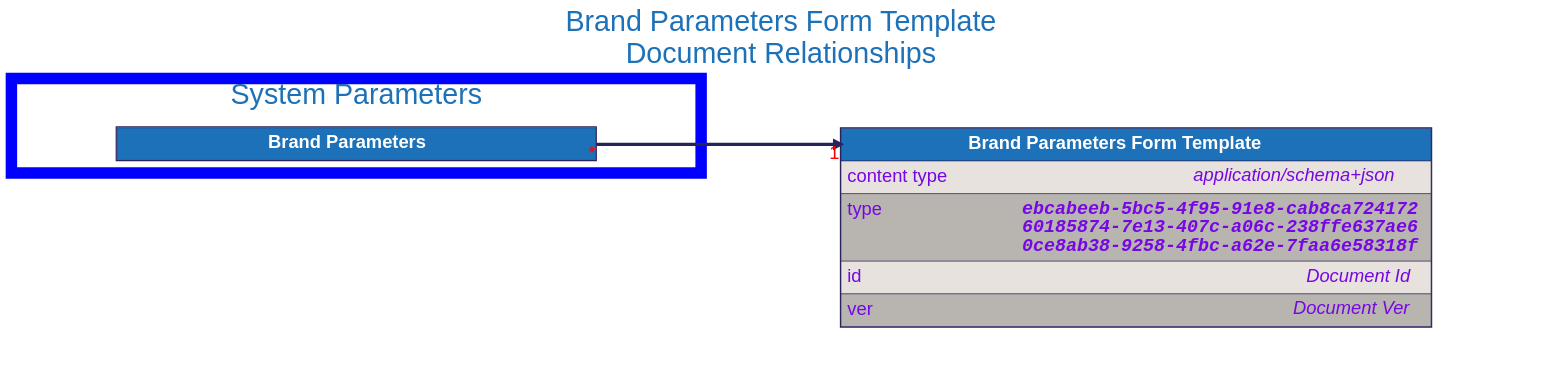
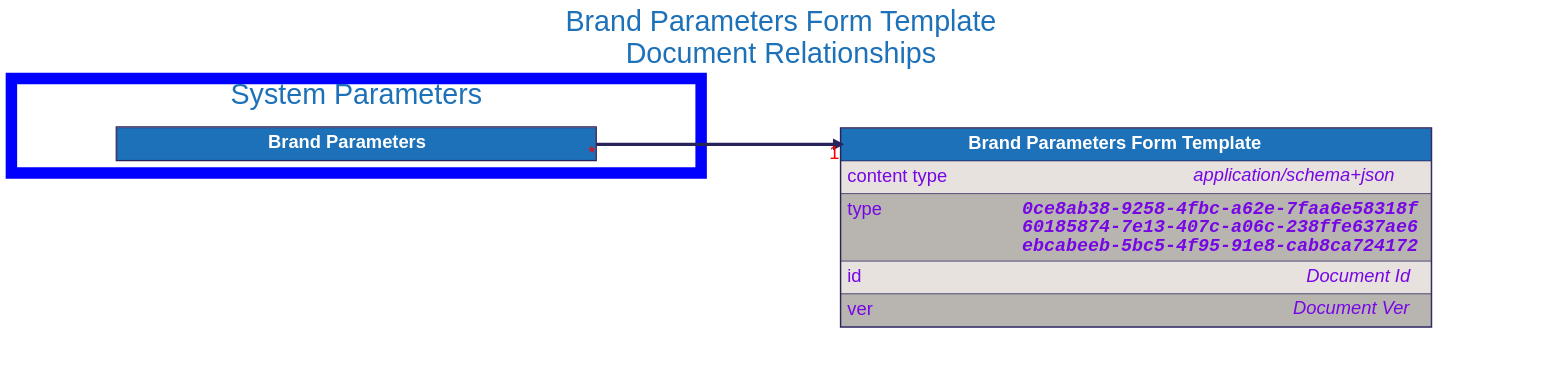
One commit to input-output-hk/catalyst-libs changed the diagram in docs/src/architecture/08_concepts/signed_doc/diagrams/brand_parameters_form_template.dot. Above: the diagram before and after it, drawn with Graphviz. The commit also changed 44 other files, not shown here.

```diff
--- a/docs/src/architecture/08_concepts/signed_doc/diagrams/brand_parameters_form_template.dot
+++ b/docs/src/architecture/08_concepts/signed_doc/diagrams/brand_parameters_form_template.dot
@@ -1,93 +1,93 @@
 digraph "Brand Parameters Form Template" {
     rankdir="LR"
     graph [fontname="helvetica", fontsize="32", fontcolor="#29235c", bgcolor="white"];
     node [penwidth="0", margin="0", fontname="helvetica", fontsize="32", fontcolor="#29235c"];
     edge [fontname="helvetica", fontsize="32", fontcolor="red", color="#29235c"];
 
     labelloc="t"
     label="Brand Parameters Form Template
 Document Relationships"
     fontcolor="#1d71b8"
     fontsize=50
     compound=true
 
 
 
     "Brand Parameters Form Template" [
         id="Brand Parameters Form Template";
         label=<
             <TABLE BORDER="2" COLOR="#29235c" CELLBORDER="1" CELLSPACING="0" CELLPADDING="10">
             <TR>
                 <TD PORT="title" BGCOLOR="#1d71b8" HREF="../brand_parameters_form_template/">
                     <FONT COLOR="#ffffff"><B> Brand Parameters Form Template </B></FONT>
                 </TD>
             </TR>
             <TR>
                 <TD ALIGN="LEFT" PORT="content type" BGCOLOR="#e7e2dd">
                     <TABLE CELLPADDING="0" CELLSPACING="0" BORDER="0">
                         <TR>
                             <TD ALIGN="LEFT" VALIGN="TOP" WIDTH="200"><FONT COLOR="#7706E5">content type</FONT></TD>
                             <TD ALIGN="RIGHT"><FONT COLOR="#7706E5"><I>application/schema+json</I></FONT></TD>
                         </TR>
                     </TABLE>
                 </TD>
             </TR>
             <TR>
                 <TD ALIGN="LEFT" PORT="type" BGCOLOR="#b8b5b0">
                     <TABLE CELLPADDING="0" CELLSPACING="0" BORDER="0">
                         <TR>
                             <TD ALIGN="LEFT" VALIGN="TOP" WIDTH="200"><FONT COLOR="#7706E5">type</FONT></TD>
-                            <TD ALIGN="RIGHT"><FONT FACE="Courier" COLOR="#7706E5"><B><I>ebcabeeb-5bc5-4f95-91e8-cab8ca724172<BR />60185874-7e13-407c-a06c-238ffe637ae6<BR />0ce8ab38-9258-4fbc-a62e-7faa6e58318f</I></B></FONT></TD>
+                            <TD ALIGN="RIGHT"><FONT FACE="Courier" COLOR="#7706E5"><B><I>0ce8ab38-9258-4fbc-a62e-7faa6e58318f<BR />60185874-7e13-407c-a06c-238ffe637ae6<BR />ebcabeeb-5bc5-4f95-91e8-cab8ca724172</I></B></FONT></TD>
                         </TR>
                     </TABLE>
                 </TD>
             </TR>
             <TR>
                 <TD ALIGN="LEFT" PORT="id" BGCOLOR="#e7e2dd">
                     <TABLE CELLPADDING="0" CELLSPACING="0" BORDER="0">
                         <TR>
                             <TD ALIGN="LEFT" VALIGN="TOP" WIDTH="200"><FONT COLOR="#7706E5">id</FONT></TD>
                             <TD ALIGN="RIGHT"><FONT COLOR="#7706E5"><I>Document Id</I></FONT></TD>
                         </TR>
                     </TABLE>
                 </TD>
             </TR>
             <TR>
                 <TD ALIGN="LEFT" PORT="ver" BGCOLOR="#b8b5b0">
                     <TABLE CELLPADDING="0" CELLSPACING="0" BORDER="0">
                         <TR>
                             <TD ALIGN="LEFT" VALIGN="TOP" WIDTH="200"><FONT COLOR="#7706E5">ver</FONT></TD>
                             <TD ALIGN="RIGHT"><FONT COLOR="#7706E5"><I>Document Ver</I></FONT></TD>
                         </TR>
                     </TABLE>
                 </TD>
             </TR>
 
             </TABLE>
         >
     ];
 
 
     subgraph cluster_system_parameters {
         label = "System Parameters";
         color=blue
         penwidth=20
 
         "Brand Parameters" [
             id="Brand Parameters";
             label=<
                 <TABLE BORDER="2" COLOR="#29235c" CELLBORDER="1" CELLSPACING="0" CELLPADDING="10">
                 <TR>
                     <TD PORT="title" BGCOLOR="#1d71b8" HREF="../brand_parameters/">
                         <FONT COLOR="#ffffff"><B> Brand Parameters </B></FONT>
                     </TD>
                 </TR>
 
                 </TABLE>
             >
         ];
 
     }
 
     "Brand Parameters":"title":e -> "Brand Parameters Form Template":"title":w [dir=forward, penwidth=6, color="#29235c", headlabel="1", taillabel="*"]
 }
```
